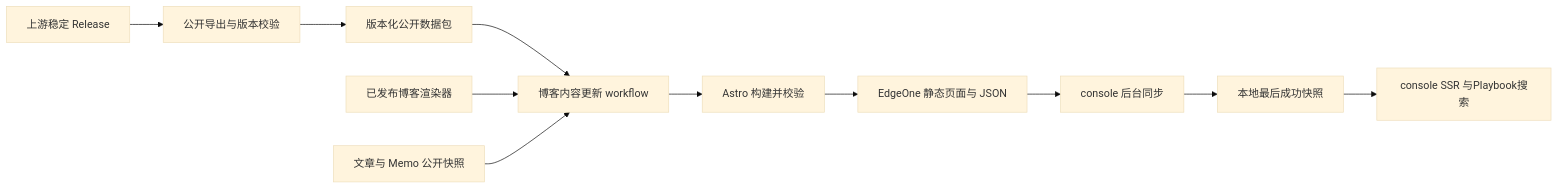
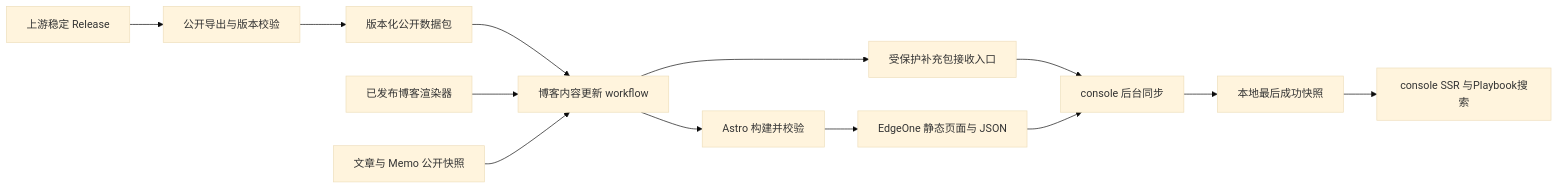
Before and after one commit to IvanLi-CN/blog-26: the diagram in docs/specs/style-playbook-integration/SPEC.md, drawn with Mermaid (base theme). The commit also changed other lines of this file and 15 other files, not shown here.

````diff
--- a/docs/specs/style-playbook-integration/SPEC.md
+++ b/docs/specs/style-playbook-integration/SPEC.md
@@ -34,13 +35,15 @@
 ```mermaid
 flowchart LR
   U[上游稳定 Release] --> E[公开导出与版本校验]
   E --> A[版本化公开数据包]
   A --> W[博客内容更新 workflow]
   B[已发布博客渲染器] --> W
   P[文章与 Memo 公开快照] --> W
   W --> S[Astro 构建并校验]
   S --> D[EdgeOne 静态页面与 JSON]
-  D --> C[console 后台同步]
+  W --> X[受保护补充包接收入口]
+  X --> C[console 后台同步]
+  D --> C
   C --> L[本地最后成功快照]
   L --> R[console SSR 与Playbook搜索]
 ```
````
